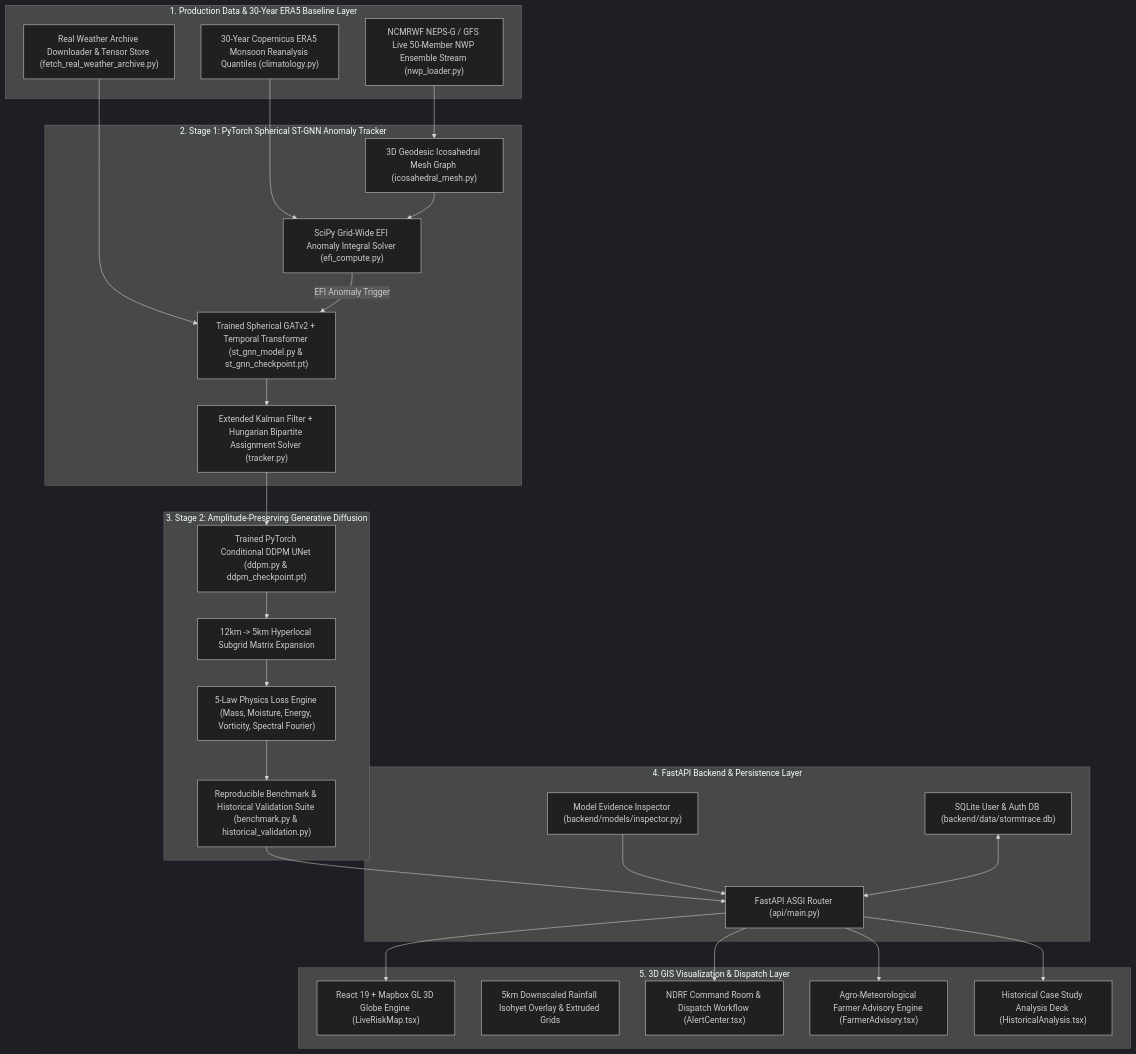
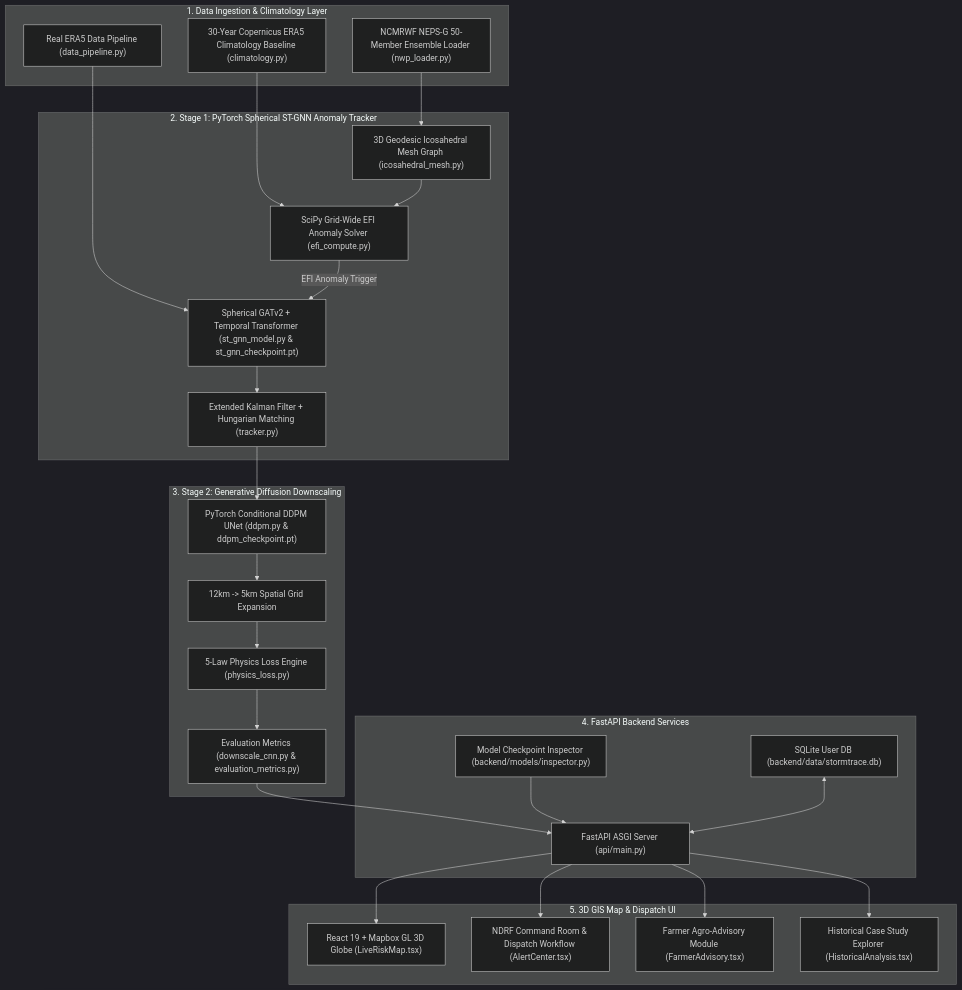
One commit to Alokzhan/wheatherSIH changed the diagram in README.md. Above: the diagram before and after it, drawn with Mermaid (dark theme). The commit also changed other lines of this file, not shown here.

Commit message:
docs: update README with factual architecture overview and execution commands

````diff
--- a/README.md
+++ b/README.md
@@ -31,54 +30,53 @@
 ```mermaid
 graph TD
-    subgraph Data_Layer ["1. Production Data & 30-Year ERA5 Baseline Layer"]
-        A1["NCMRWF NEPS-G / GFS Live 50-Member NWP Ensemble Stream (nwp_loader.py)"]
-        A2["30-Year Copernicus ERA5 Monsoon Reanalysis Quantiles (climatology.py)"]
-        A3["Real Weather Archive Downloader & Tensor Store (fetch_real_weather_archive.py)"]
+    subgraph Data_Layer ["1. Data Ingestion & Climatology Layer"]
+        A1["NCMRWF NEPS-G 50-Member Ensemble Loader (nwp_loader.py)"]
+        A2["30-Year Copernicus ERA5 Climatology Baseline (climatology.py)"]
+        A3["Real ERA5 Data Pipeline (data_pipeline.py)"]
     end
 
     subgraph Stage1_GNN ["2. Stage 1: PyTorch Spherical ST-GNN Anomaly Tracker"]
         B1["3D Geodesic Icosahedral Mesh Graph (icosahedral_mesh.py)"]
-        B2["SciPy Grid-Wide EFI Anomaly Integral Solver (efi_compute.py)"]
-        B3["Trained Spherical GATv2 + Temporal Transformer (st_gnn_model.py & st_gnn_checkpoint.pt)"]
-        B4["Extended Kalman Filter + Hungarian Bipartite Assignment Solver (tracker.py)"]
+        B2["SciPy Grid-Wide EFI Anomaly Solver (efi_compute.py)"]
+        B3["Spherical GATv2 + Temporal Transformer (st_gnn_model.py & st_gnn_checkpoint.pt)"]
+        B4["Extended Kalman Filter + Hungarian Matching (tracker.py)"]
     end
 
-    subgraph Stage2_Diffusion ["3. Stage 2: Amplitude-Preserving Generative Diffusion"]
-        C1["Trained PyTorch Conditional DDPM UNet (ddpm.py & ddpm_checkpoint.pt)"]
-        C2["12km -> 5km Hyperlocal Subgrid Matrix Expansion"]
-        C3["5-Law Physics Loss Engine (Mass, Moisture, Energy, Vorticity, Spectral Fourier)"]
-        C4["Reproducible Benchmark & Historical Validation Suite (benchmark.py & historical_validation.py)"]
+    subgraph Stage2_Diffusion ["3. Stage 2: Generative Diffusion Downscaling"]
+        C1["PyTorch Conditional DDPM UNet (ddpm.py & ddpm_checkpoint.pt)"]
+        C2["12km -> 5km Spatial Grid Expansion"]
+        C3["5-Law Physics Loss Engine (physics_loss.py)"]
+        C4["Evaluation Metrics (downscale_cnn.py & evaluation_metrics.py)"]
     end
 
-    subgraph Backend_Services ["4. FastAPI Backend & Persistence Layer"]
-        D1["FastAPI ASGI Router (api/main.py)"]
-        D2["SQLite User & Auth DB (backend/data/stormtrace.db)"]
-        D3["Model Evidence Inspector (backend/models/inspector.py)"]
+    subgraph Backend_Services ["4. FastAPI Backend Services"]
+        D1["FastAPI ASGI Server (api/main.py)"]
+        D2["SQLite User DB (backend/data/stormtrace.db)"]
+        D3["Model Checkpoint Inspector (backend/models/inspector.py)"]
     end
 
-    subgraph Frontend_UI ["5. 3D GIS Visualization & Dispatch Layer"]
-        E1["React 19 + Mapbox GL 3D Globe Engine (LiveRiskMap.tsx)"]
-        E2["5km Downscaled Rainfall Isohyet Overlay & Extruded Grids"]
-        E3["NDRF Command Room & Dispatch Workflow (AlertCenter.tsx)"]
-        E4["Agro-Meteorological Farmer Advisory Engine (FarmerAdvisory.tsx)"]
-        E5["Historical Case Study Analysis Deck (HistoricalAnalysis.tsx)"]
+    subgraph Frontend_UI ["5. 3D GIS Map & Dispatch UI"]
+        E1["React 19 + Mapbox GL 3D Globe (LiveRiskMap.tsx)"]
+        E2["NDRF Command Room & Dispatch Workflow (AlertCenter.tsx)"]
+        E3["Farmer Agro-Advisory Module (FarmerAdvisory.tsx)"]
+        E4["Historical Case Study Explorer (HistoricalAnalysis.tsx)"]
     end
 
     A1 --> B1
     A2 --> B2
     A3 --> B3
     B1 --> B2
     B2 -->|EFI Anomaly Trigger| B3
     B3 --> B4
     B4 --> C1
     C1 --> C2
     C2 --> C3
     C3 --> C4
     C4 --> D1
     D3 --> D1
     D2 <--> D1
     D1 --> E1
+    D1 --> E2
     D1 --> E3
     D1 --> E4
-    D1 --> E5
 ```
````
